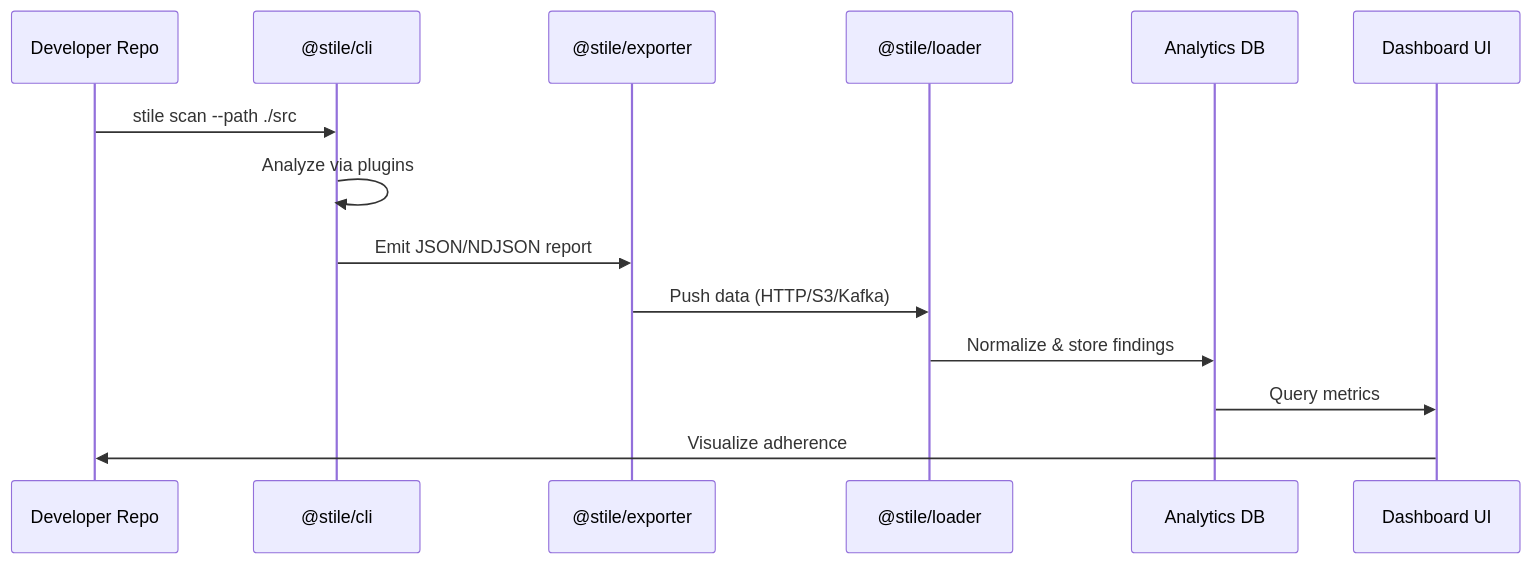
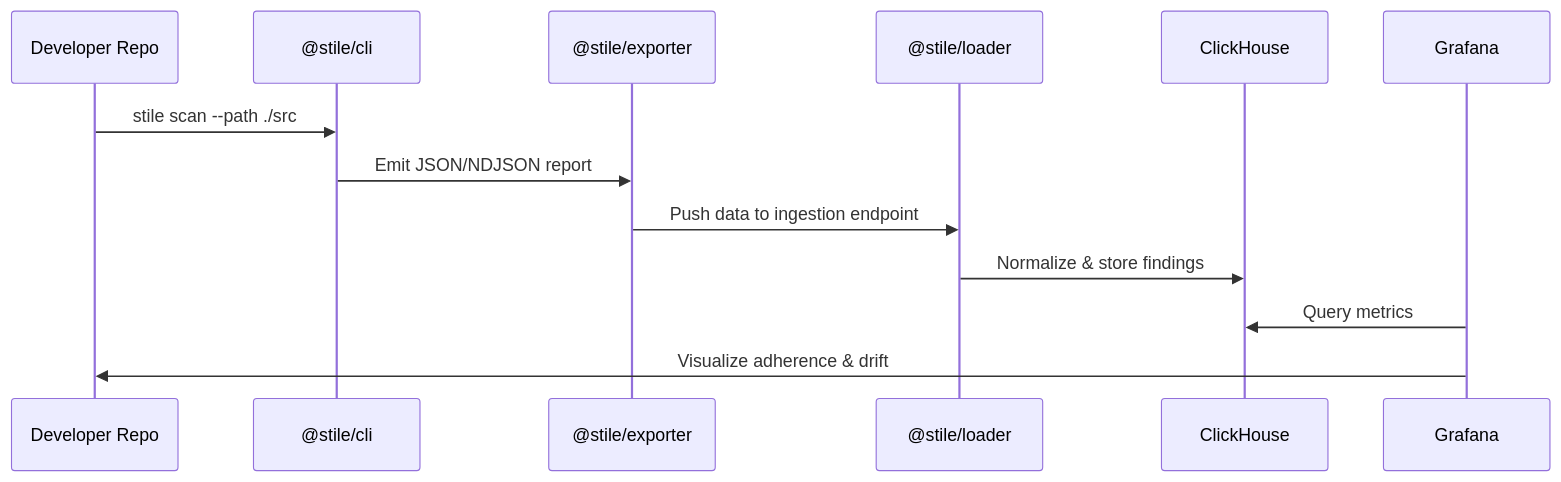
The third of 3 diagrams in TRD.md (satyamyadav/stile), drawn with Mermaid before and after one commit. The commit also changed other lines of this file and 24 other files, not shown here.

````diff
--- a/TRD.md
+++ b/TRD.md
@@ -224,17 +140,16 @@
 ```mermaid
 sequenceDiagram
     participant Dev as Developer Repo
     participant CLI as @stile/cli
     participant EXP as @stile/exporter
     participant LDR as @stile/loader
-    participant DB as Analytics DB
-    participant DASH as Dashboard UI
+    participant DB as ClickHouse
+    participant GRA as Grafana
 
     Dev->>CLI: stile scan --path ./src
-    CLI->>CLI: Analyze via plugins
     CLI->>EXP: Emit JSON/NDJSON report
-    EXP->>LDR: Push data (HTTP/S3/Kafka)
+    EXP->>LDR: Push data to ingestion endpoint
     LDR->>DB: Normalize & store findings
-    DB->>DASH: Query metrics
-    DASH->>Dev: Visualize adherence
+    GRA->>DB: Query metrics
+    GRA->>Dev: Visualize adherence & drift
 ```
````
